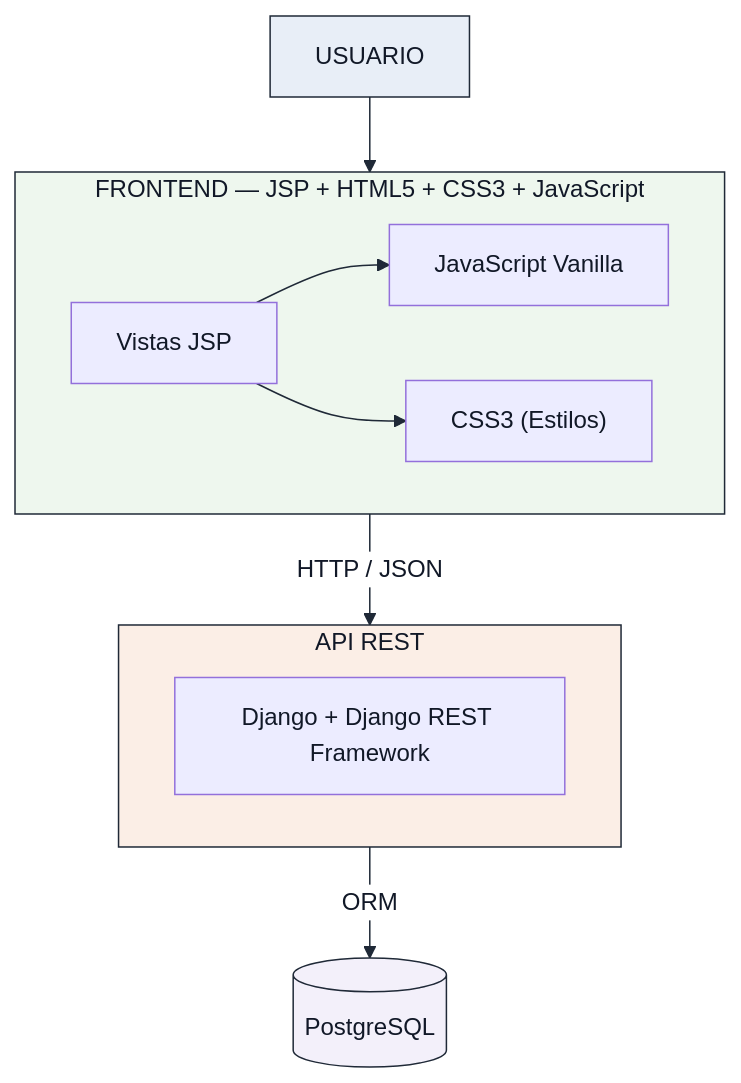
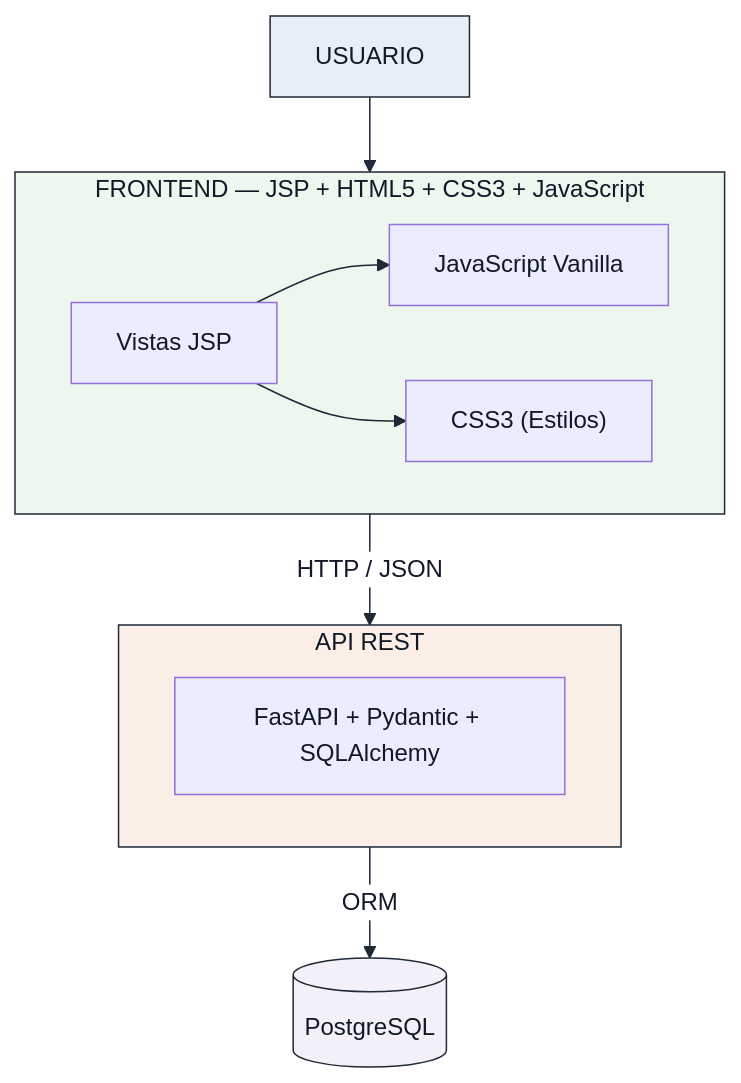
One commit to Darksam03/RuralConecta-ProyectoWeb changed the second of 8 diagrams in docs/arquitectura/estructura-frontend.md. Above: the diagram before and after it, drawn with Mermaid. The commit also changed other lines of this file and 5 other files, not shown here.

````diff
--- a/docs/arquitectura/estructura-frontend.md
+++ b/docs/arquitectura/estructura-frontend.md
@@ -95,27 +95,27 @@
 ```mermaid
 %%{init: {'themeVariables': {'textColor':'#111827','primaryTextColor':'#111827','primaryColor':'#eef2f7','primaryBorderColor':'#1f2937','lineColor':'#1f2937','secondaryColor':'#eef2f7','tertiaryColor':'#f3f4f6','edgeLabelBackground':'#ffffff'}}}%%
 flowchart TD
     U["USUARIO"]
     U --> F
 
     subgraph F["FRONTEND — JSP + HTML5 + CSS3 + JavaScript"]
         UI["Vistas JSP"]
         CSS["CSS3 (Estilos)"]
         JS["JavaScript Vanilla"]
         UI --> JS
         UI --> CSS
     end
 
     F -->|"HTTP / JSON"| API
 
     subgraph API["API REST"]
-        DRF["Django + Django REST Framework"]
+        DRF["FastAPI + Pydantic + SQLAlchemy"]
     end
 
     API -->|"ORM"| DB[("PostgreSQL")]
 
     style U fill:#e8eef7,stroke:#1f2937,color:#111827
     style F fill:#eef7ee,stroke:#1f2937,color:#111827
     style API fill:#fbeee6,stroke:#1f2937,color:#111827
     style DB fill:#f3f0fa,stroke:#1f2937,color:#111827
 ```
````
